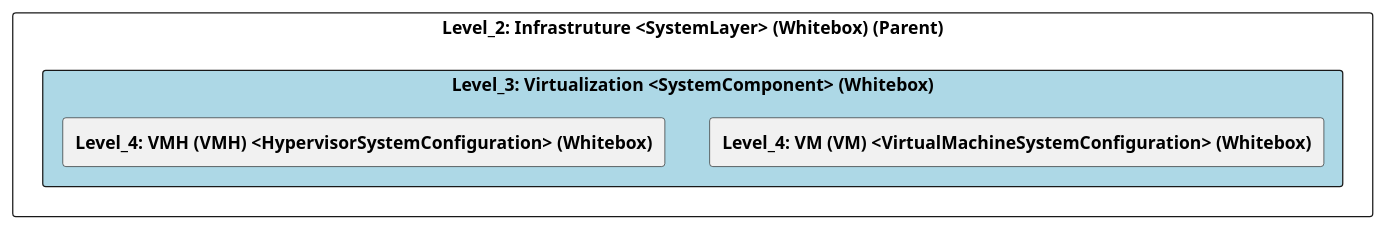
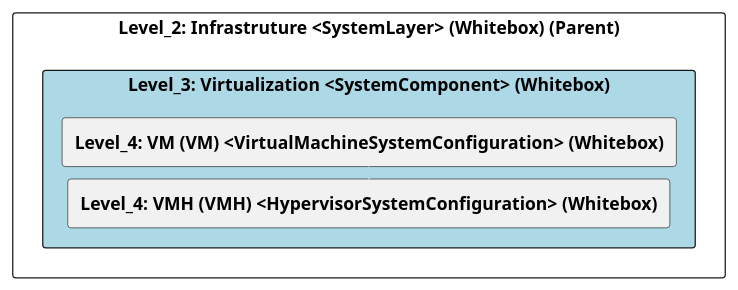
Before and after one commit to marcozwyssig/cleon: the diagram in src/cleon.architecturemethods.arc42.sample/doc/cleon_architecturemethods_arc42_sample_system/adoc/de/05_bausteinsicht/ikt/infrastruture/virtualization/ebene_3_virtualization.adoc, drawn with PlantUML. The commit also changed other lines of this file and 187 other files, not shown here.

```diff
--- a/src/cleon.architecturemethods.arc42.sample/doc/cleon_architecturemethods_arc42_sample_system/adoc/de/05_bausteinsicht/ikt/infrastruture/virtualization/ebene_3_virtualization.adoc
+++ b/src/cleon.architecturemethods.arc42.sample/doc/cleon_architecturemethods_arc42_sample_system/adoc/de/05_bausteinsicht/ikt/infrastruture/virtualization/ebene_3_virtualization.adoc
@@ -20,25 +20,28 @@
 [plantuml, Level_3: Virtualization <SystemComponent> (Whitebox)BlockOverview, format="svg"]
 ----
 @startuml Level_3: Virtualization <SystemComponent> (Whitebox)BuildingBlockOverview
 
 skinparam ranksep 10
 skinparam componentStyle rectangle
 skinparam shadowing false
 skinparam arrowColor lightblue
 skinparam arrowThickness 1.2
 skinparam rectangle {
   BackgroundColor White
   BorderColor #333
   RoundCorner 10
 }
 top to bottom direction
 
 component "Level_2: Infrastruture <SystemLayer> (Whitebox) (Parent)" {
     component "Level_3: Virtualization <SystemComponent> (Whitebox)" #lightblue {
         [**Level_4: VM (VM) <VirtualMachineSystemConfiguration> (Whitebox)**] as B582462B_BEE0_11EF_B498_058EE446F8E7
         [**Level_4: VMH (VMH) <HypervisorSystemConfiguration> (Whitebox)**] as B581F80A_BEE0_11EF_B498_058EE446F8E7
     }
+
+    B582462B_BEE0_11EF_B498_058EE446F8E7 -down-> B581F80A_BEE0_11EF_B498_058EE446F8E7
+    
 }
 
 @enduml
 ----
```
